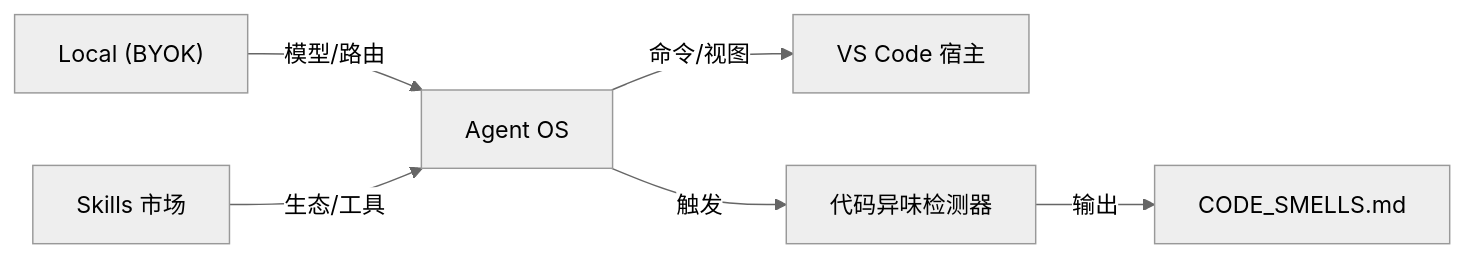
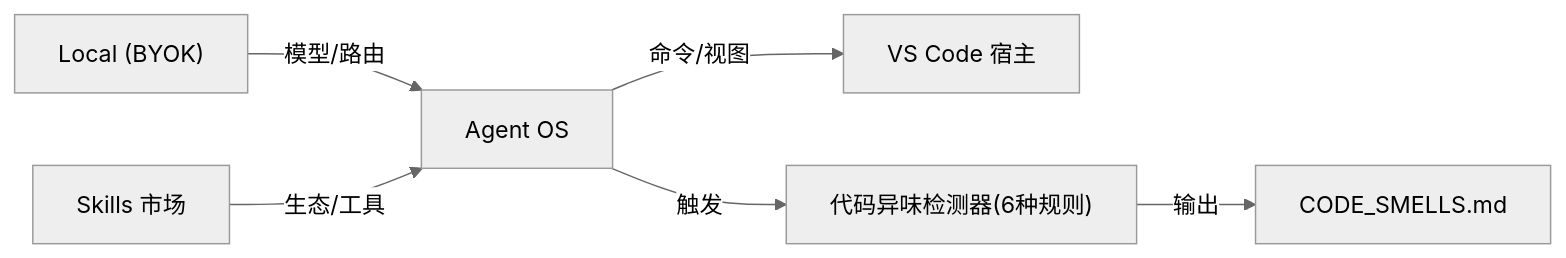
The fourth of 4 diagrams in .qoder/repowiki/zh/content/架构设计/代码库智能架构/代码异味检测器.md (sofate798/KodrixCode), drawn with Mermaid (neutral theme) before and after one commit. The commit also changed other lines of this file and 46 other files, not shown here.

````diff
--- a/.qoder/repowiki/zh/content/架构设计/代码库智能架构/代码异味检测器.md
+++ b/.qoder/repowiki/zh/content/架构设计/代码库智能架构/代码异味检测器.md
@@ -171,8 +221,8 @@
 ```mermaid
 graph LR
 AOS["Agent OS"] --> |命令/视图| Host["VS Code 宿主"]
 LOCAL["Local (BYOK)"] --> |模型/路由| AOS
 SKILLS["Skills 市场"] --> |生态/工具| AOS
-AOS --> |触发| Smell["代码异味检测器"]
+AOS --> |触发| Smell["代码异味检测器(6种规则)"]
 Smell --> |输出| Report["CODE_SMELLS.md"]
 ```
````
